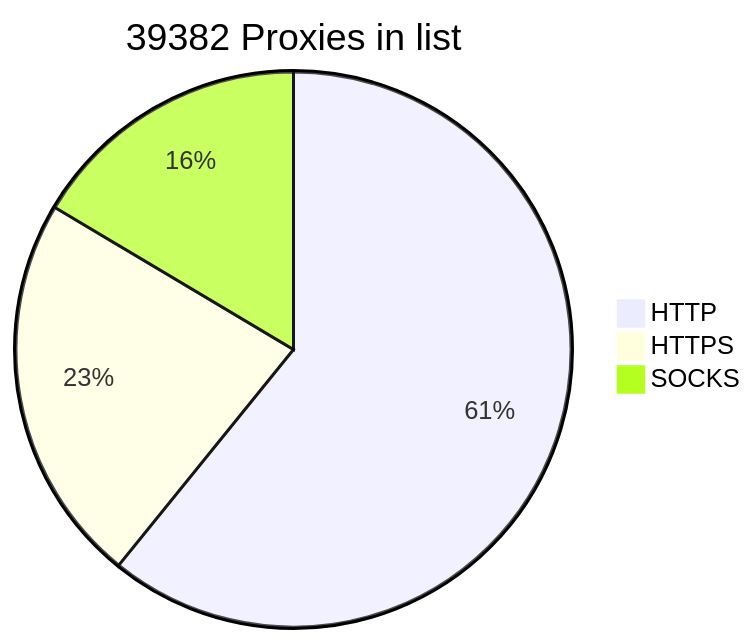
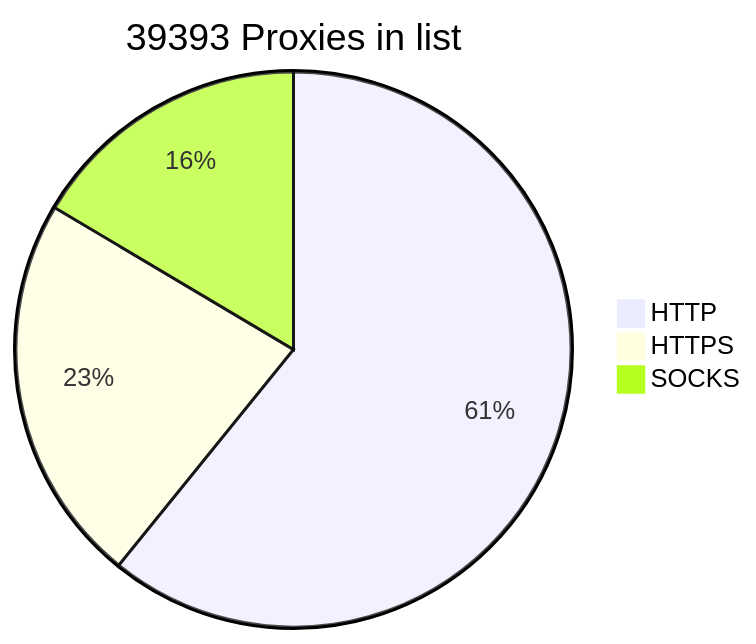
The diagram in README.md (BlackSnowDot/proxylist-update-every-minute), drawn with Mermaid before and after one commit.

````diff
--- a/README.md
+++ b/README.md
@@ -2,6 +2,6 @@
 ```mermaid
-pie title 39382 Proxies in list
-    "HTTP" : 28236
-    "HTTPS": 10538
-    "SOCKS" : 7637
+pie title 39393 Proxies in list
+    "HTTP" : 28243
+    "HTTPS": 10539
+    "SOCKS" : 7644
 ```
````
